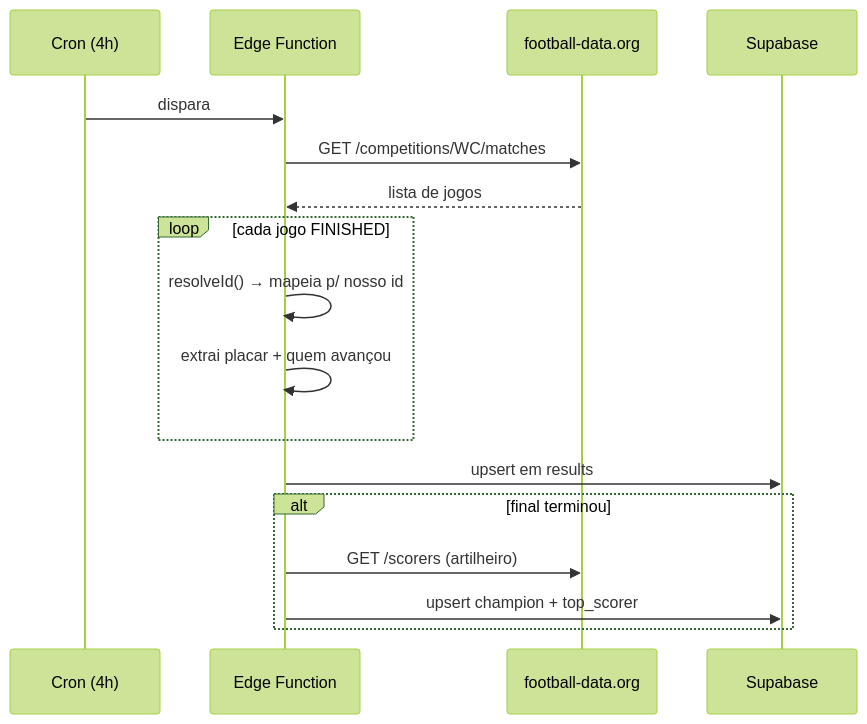
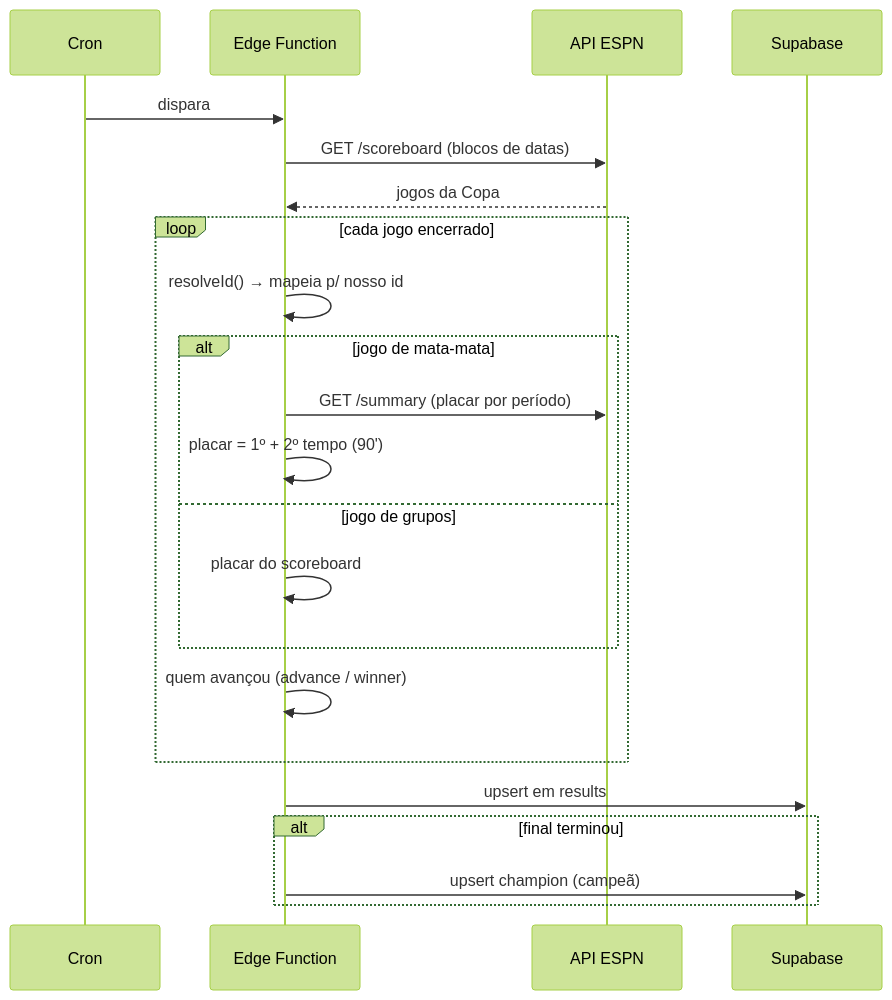
Before and after one commit to BsKrieger/bolao-cdm: the eighth of 8 diagrams in DOCUMENTACAO.md, drawn with Mermaid (forest theme). The commit also changed other lines of this file and 7 other files, not shown here.

````diff
--- a/DOCUMENTACAO.md
+++ b/DOCUMENTACAO.md
@@ -345,20 +348,25 @@
 ```mermaid
 sequenceDiagram
-    participant C as Cron (4h)
+    participant C as Cron
     participant EF as Edge Function
-    participant FD as football-data.org
+    participant ESPN as API ESPN
     participant DB as Supabase
 
     C->>EF: dispara
-    EF->>FD: GET /competitions/WC/matches
-    FD-->>EF: lista de jogos
-    loop cada jogo FINISHED
+    EF->>ESPN: GET /scoreboard (blocos de datas)
+    ESPN-->>EF: jogos da Copa
+    loop cada jogo encerrado
         EF->>EF: resolveId() → mapeia p/ nosso id
-        EF->>EF: extrai placar + quem avançou
+        alt jogo de mata-mata
+            EF->>ESPN: GET /summary (placar por período)
+            EF->>EF: placar = 1º + 2º tempo (90')
+        else jogo de grupos
+            EF->>EF: placar do scoreboard
+        end
+        EF->>EF: quem avançou (advance / winner)
     end
     EF->>DB: upsert em results
     alt final terminou
-        EF->>FD: GET /scorers (artilheiro)
-        EF->>DB: upsert champion + top_scorer
+        EF->>DB: upsert champion (campeã)
     end
 ```
````
